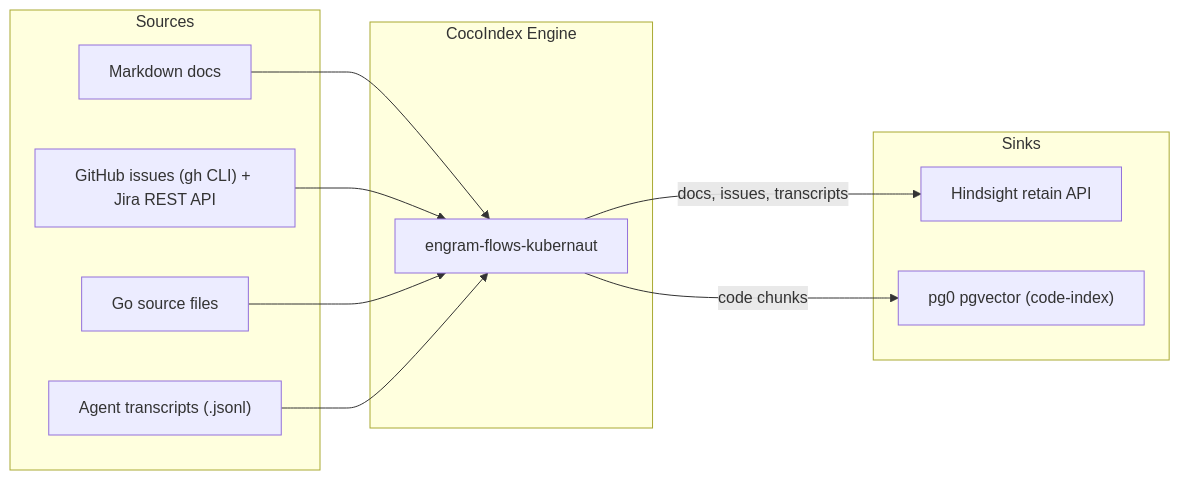
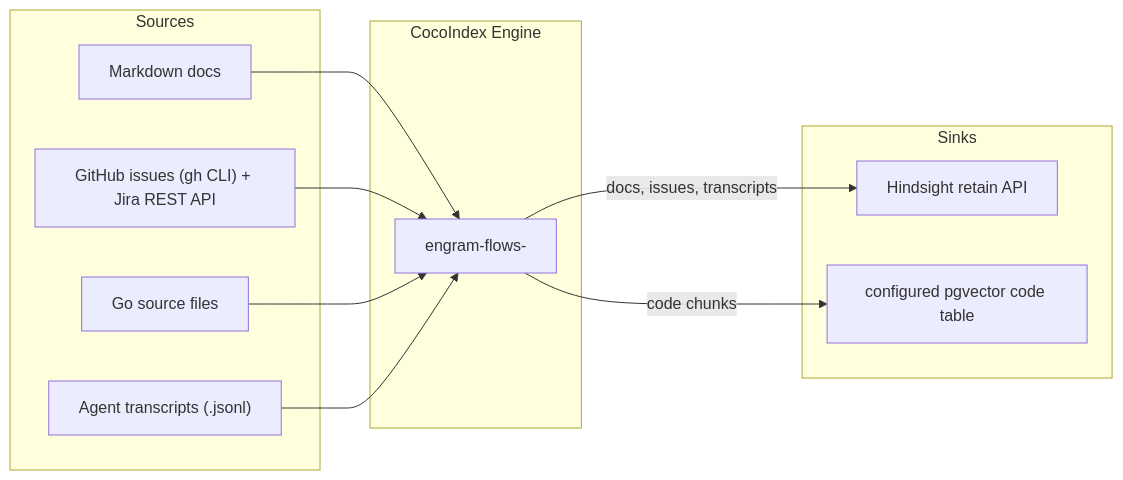
Before and after one commit to jordigilh/engram: the diagram in docs/COCOINDEX.md, drawn with Mermaid. The commit also changed other lines of this file and 12 other files, not shown here.

````diff
--- a/docs/COCOINDEX.md
+++ b/docs/COCOINDEX.md
@@ -35,25 +36,25 @@
 ```mermaid
 flowchart LR
     subgraph sources["Sources"]
         docs["Markdown docs"]
         issues["GitHub issues (gh CLI) + Jira REST API"]
         code["Go source files"]
         transcripts["Agent transcripts (.jsonl)"]
     end
 
     subgraph cocoindex["CocoIndex Engine"]
-        flows["engram-flows-kubernaut"]
+        flows["engram-flows-<project>"]
     end
 
     subgraph sinks["Sinks"]
         hindsight["Hindsight retain API"]
-        pgvector["pg0 pgvector (code-index)"]
+        pgvector["configured pgvector code table"]
     end
 
     docs --> flows
     issues --> flows
     code --> flows
     transcripts --> flows
     flows -->|"docs, issues, transcripts"| hindsight
     flows -->|"code chunks"| pgvector
 ```
````
